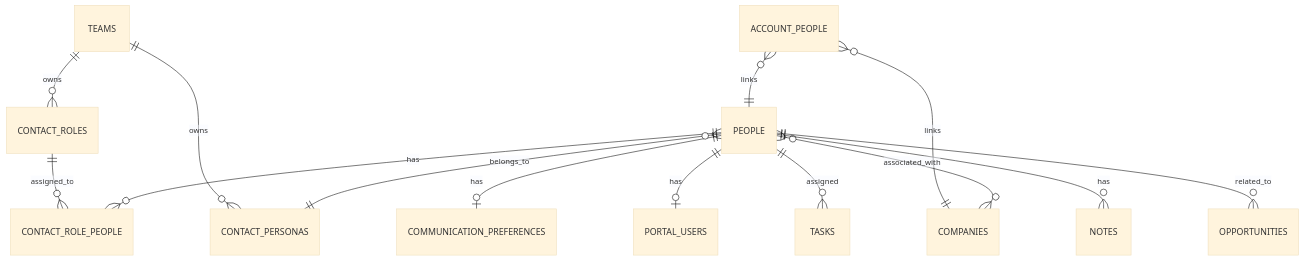
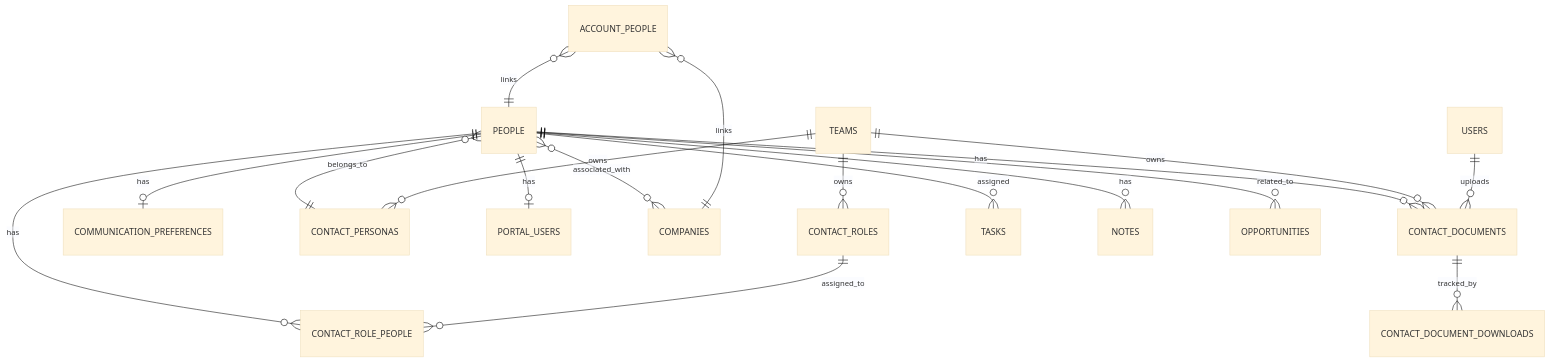
One commit to goleaf/crm changed the second of 2 diagrams in .kiro/specs/contacts-module/design.md. Above: the diagram before and after it, drawn with Mermaid (base theme). The commit also changed other lines of this file and 1063 other files, not shown here.

````diff
--- a/.kiro/specs/contacts-module/design.md
+++ b/.kiro/specs/contacts-module/design.md
@@ -412,16 +518,20 @@
 ```mermaid
 erDiagram
     PEOPLE ||--o{ CONTACT_ROLE_PEOPLE : has
     CONTACT_ROLES ||--o{ CONTACT_ROLE_PEOPLE : assigned_to
     PEOPLE ||--o| COMMUNICATION_PREFERENCES : has
     PEOPLE }o--|| CONTACT_PERSONAS : belongs_to
     PEOPLE ||--o| PORTAL_USERS : has
     PEOPLE }o--o{ COMPANIES : associated_with
+    PEOPLE ||--o{ CONTACT_DOCUMENTS : has
     ACCOUNT_PEOPLE }o--|| PEOPLE : links
     ACCOUNT_PEOPLE }o--|| COMPANIES : links
     PEOPLE ||--o{ TASKS : assigned
     PEOPLE ||--o{ NOTES : has
     PEOPLE ||--o{ OPPORTUNITIES : related_to
     TEAMS ||--o{ CONTACT_ROLES : owns
     TEAMS ||--o{ CONTACT_PERSONAS : owns
+    TEAMS ||--o{ CONTACT_DOCUMENTS : owns
+    USERS ||--o{ CONTACT_DOCUMENTS : uploads
+    CONTACT_DOCUMENTS ||--o{ CONTACT_DOCUMENT_DOWNLOADS : tracked_by
 ```
````
